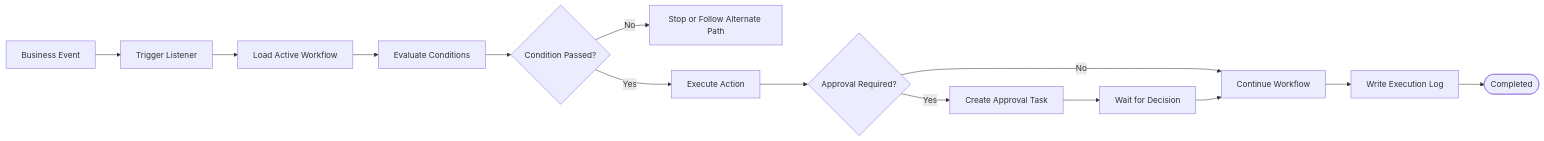
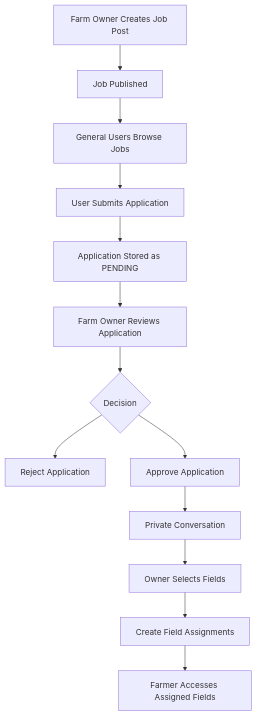
The ninth of 16 diagrams in README.md (suyabamin/Aop-project-documantation), drawn with Mermaid before and after one commit. The commit also changed other lines of this file, not shown here.

````diff
--- a/README.md
+++ b/README.md
@@ -787,16 +1198,36 @@
 ```mermaid
-flowchart LR
-    A[Business Event] --> B[Trigger Listener]
-    B --> C[Load Active Workflow]
-    C --> D[Evaluate Conditions]
-    D --> E{Condition Passed?}
-    E -->|No| F[Stop or Follow Alternate Path]
-    E -->|Yes| G[Execute Action]
-    G --> H{Approval Required?}
-    H -->|Yes| I[Create Approval Task]
-    H -->|No| J[Continue Workflow]
-    I --> K[Wait for Decision]
-    K --> J
-    J --> L[Write Execution Log]
-    L --> M([Completed])
+flowchart TD
+
+    A["Farm Owner Creates Job Post"]
+
+    B["Job Published"]
+
+    C["General Users Browse Jobs"]
+
+    D["User Submits Application"]
+
+    E["Application Stored as PENDING"]
+
+    F["Farm Owner Reviews Application"]
+
+    G{"Decision"}
+
+    H["Reject Application"]
+
+    I["Approve Application"]
+
+    J["Private Conversation"]
+
+    K["Owner Selects Fields"]
+
+    L["Create Field Assignments"]
+
+    M["Farmer Accesses Assigned Fields"]
+
+    A --> B --> C --> D --> E --> F --> G
+
+    G --> H
+    G --> I
+
+    I --> J --> K --> L --> M
 ```
````
